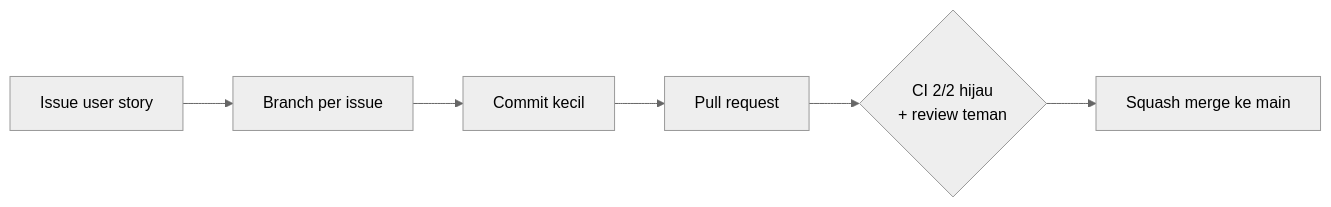
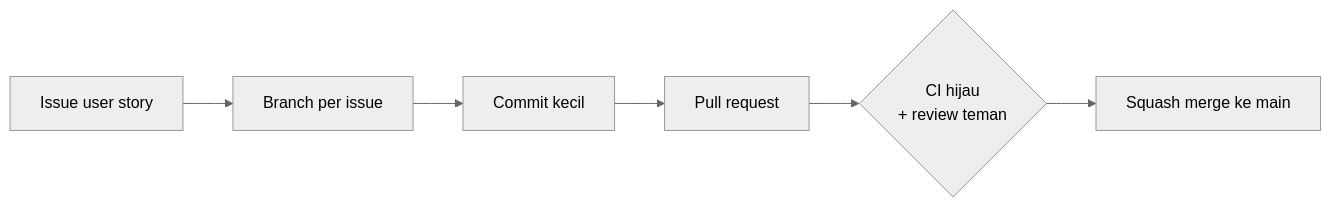
One commit to DevJamHub/Nakesa changed the diagram in CONTRIBUTING.md. Above: the diagram before and after it, drawn with Mermaid (neutral theme). The commit also changed other lines of this file and 2 other files, not shown here.

````diff
--- a/CONTRIBUTING.md
+++ b/CONTRIBUTING.md
@@ -5,8 +5,8 @@
 ```mermaid
 flowchart LR
   A[Issue user story] --> B[Branch per issue]
   B --> C[Commit kecil]
   C --> D[Pull request]
-  D --> E{CI 2/2 hijau<br/>+ review teman}
+  D --> E{CI hijau<br/>+ review teman}
   E --> F[Squash merge ke main]
 ```
````
